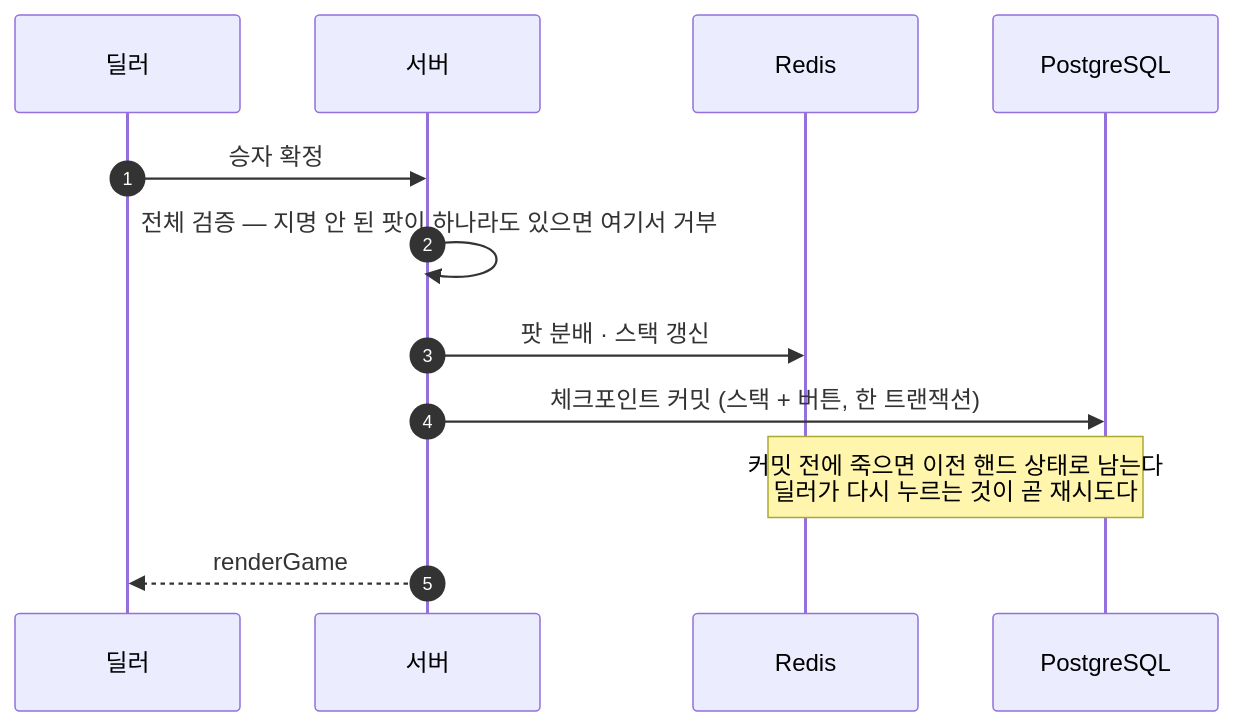
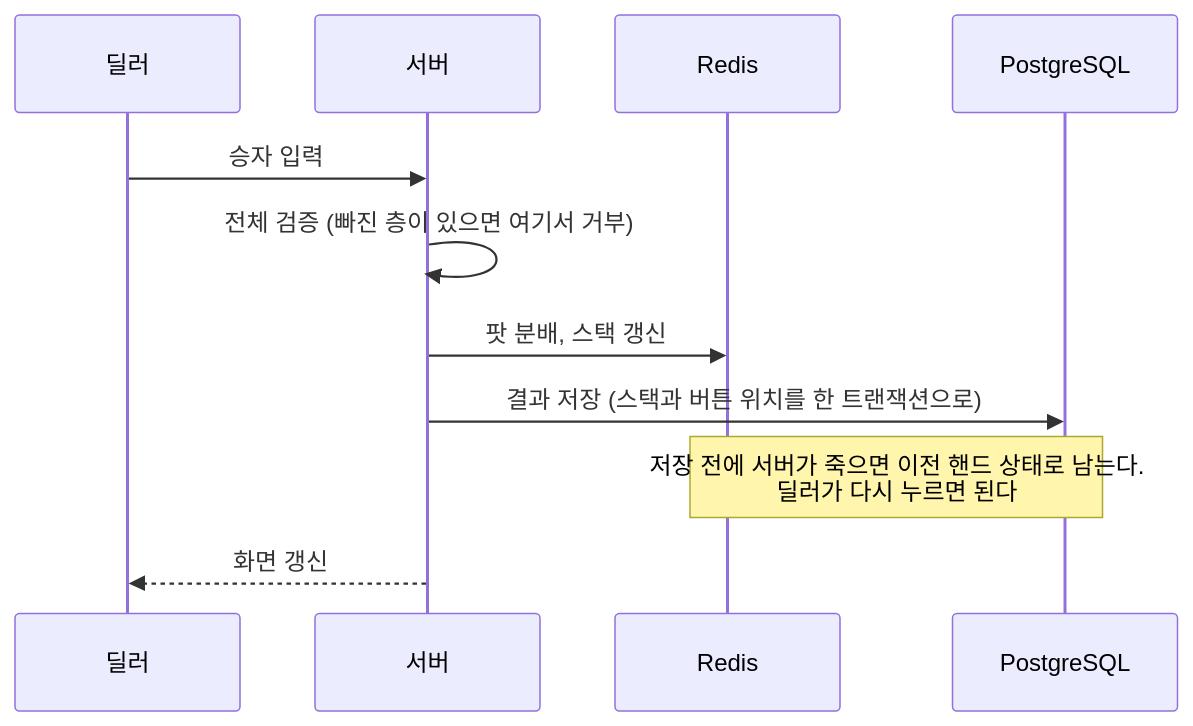
One commit to GUNW-O-O/playsync-V2 changed the second of 5 diagrams in README.md. Above: the diagram before and after it, drawn with Mermaid. The commit also changed other lines of this file and 2 other files, not shown here.

````diff
--- a/README.md
+++ b/README.md
@@ -158,15 +110,13 @@
 ```mermaid
 sequenceDiagram
-    autonumber
     participant D as 딜러
     participant S as 서버
     participant R as Redis
     participant DB as PostgreSQL
-
-    D->>S: 승자 확정
-    S->>S: 전체 검증 — 지명 안 된 팟이 하나라도 있으면 여기서 거부
-    S->>R: 팟 분배 · 스택 갱신
-    S->>DB: 체크포인트 커밋 (스택 + 버튼, 한 트랜잭션)
-    Note over R,DB: 커밋 전에 죽으면 이전 핸드 상태로 남는다<br/>딜러가 다시 누르는 것이 곧 재시도다
-    S-->>D: renderGame
+    D->>S: 승자 입력
+    S->>S: 전체 검증 (빠진 층이 있으면 여기서 거부)
+    S->>R: 팟 분배, 스택 갱신
+    S->>DB: 결과 저장 (스택과 버튼 위치를 한 트랜잭션으로)
+    Note over R,DB: 저장 전에 서버가 죽으면 이전 핸드 상태로 남는다.<br/>딜러가 다시 누르면 된다
+    S-->>D: 화면 갱신
 ```
````
